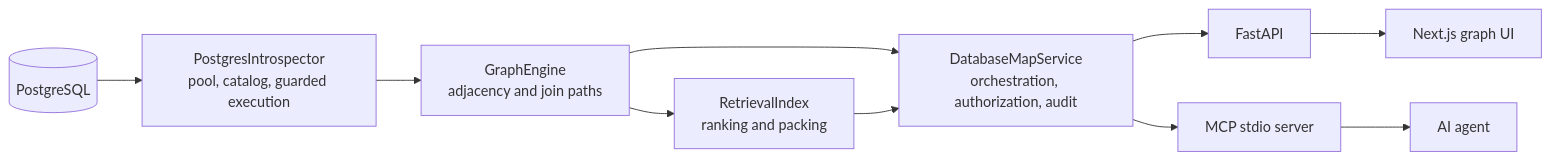
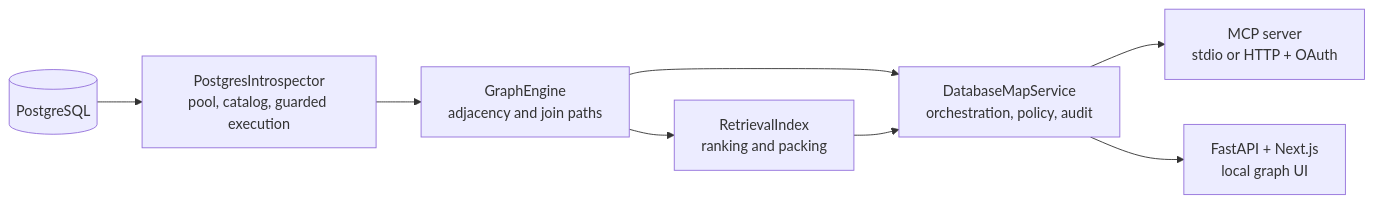
One commit to Adhrit-Verma/TableFox changed the third of 3 diagrams in README.md. Above: the diagram before and after it, drawn with Mermaid. The commit also changed other lines of this file and 9 other files, not shown here.

````diff
--- a/README.md
+++ b/README.md
@@ -123,12 +138,10 @@
 ```mermaid
 flowchart LR
     A[(PostgreSQL)] --> B["PostgresIntrospector<br/>pool, catalog, guarded execution"]
     B --> C["GraphEngine<br/>adjacency and join paths"]
     C --> D["RetrievalIndex<br/>ranking and packing"]
-    C --> E["DatabaseMapService<br/>orchestration, authorization, audit"]
+    C --> E["DatabaseMapService<br/>orchestration, policy, audit"]
     D --> E
-    E --> F["FastAPI"]
-    E --> G["MCP stdio server"]
-    F --> H["Next.js graph UI"]
-    G --> I["AI agent"]
+    E --> F["MCP server<br/>stdio or HTTP + OAuth"]
+    E --> G["FastAPI + Next.js<br/>local graph UI"]
 ```
````
